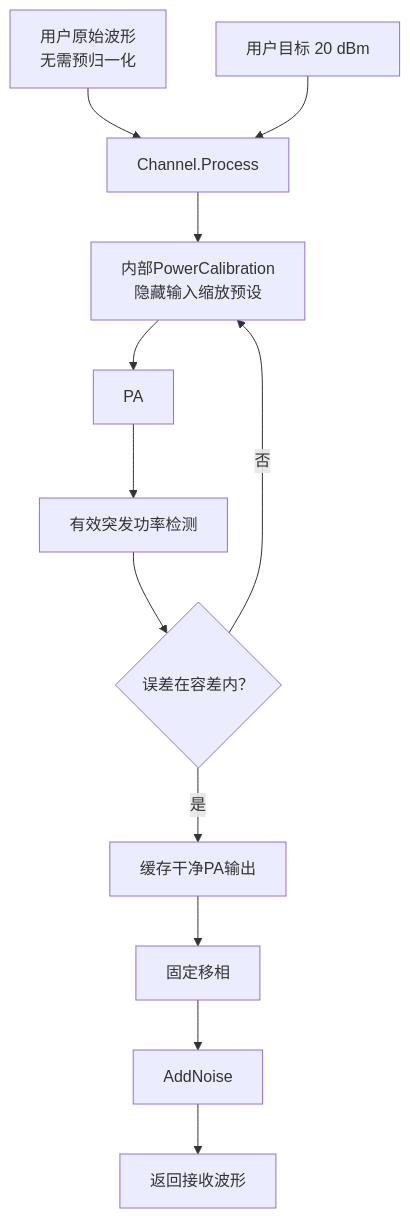
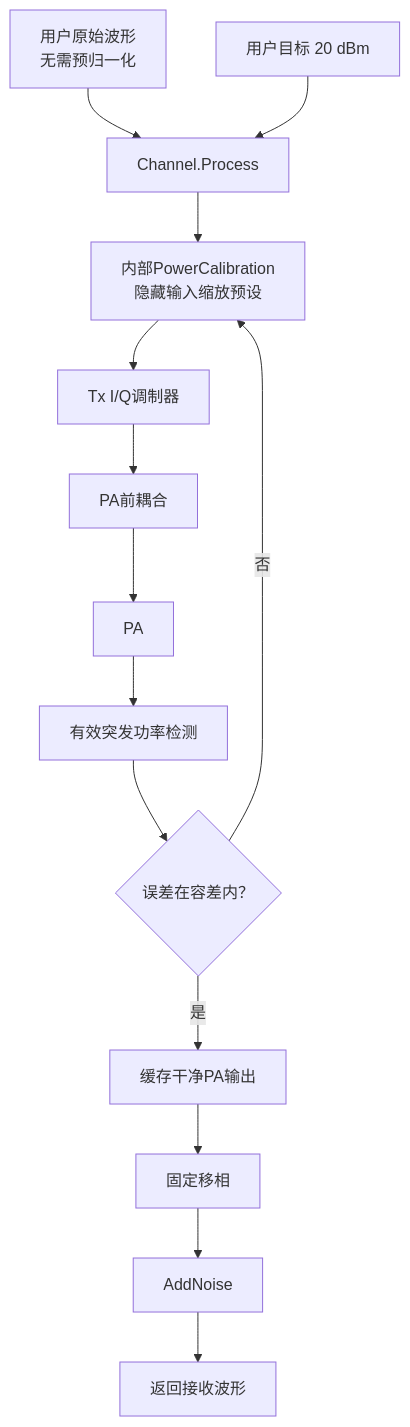
The sixth of 7 diagrams in doc/Channel.md (niyilu45/DPD_ILC), drawn with Mermaid before and after one commit. The commit also changed other lines of this file and 8 other files, not shown here.

````diff
--- a/doc/Channel.md
+++ b/doc/Channel.md
@@ -958,14 +1207,16 @@
 ```mermaid
 flowchart TD
     original["用户原始波形<br/>无需预归一化"] --> process["Channel.Process"]
     target["用户目标 20 dBm"] --> process
     process --> calibration["内部PowerCalibration<br/>隐藏输入缩放预设"]
-    calibration --> pa["PA"]
+    calibration --> txIq["Tx I/Q调制器"]
+    txIq --> preCoupling["PA前耦合"]
+    preCoupling --> pa["PA"]
     pa --> detector["有效突发功率检测"]
     detector --> decision{"误差在容差内？"}
     decision -->|否| calibration
     decision -->|是| cleanOutput["缓存干净PA输出"]
     cleanOutput --> phase["固定移相"]
     phase --> noise["AddNoise"]
     noise --> receiver["返回接收波形"]
 ```
````
